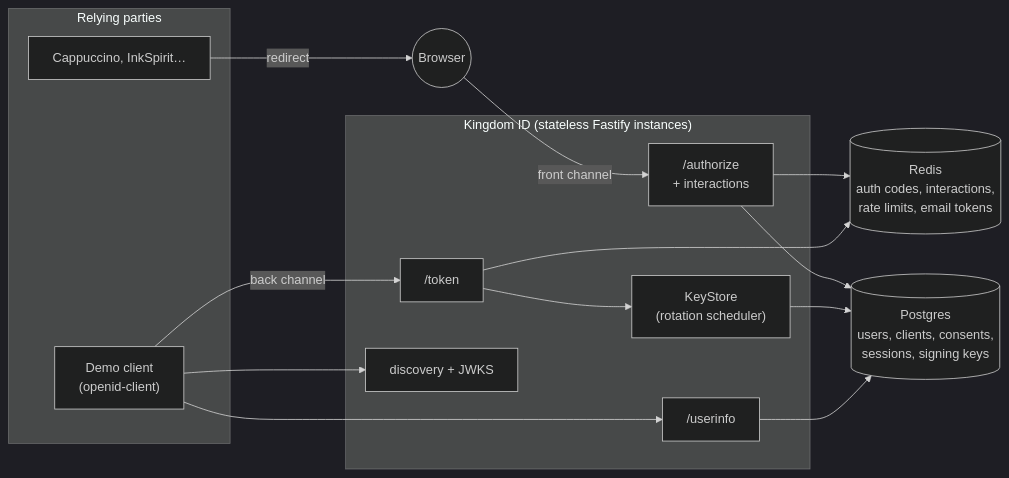
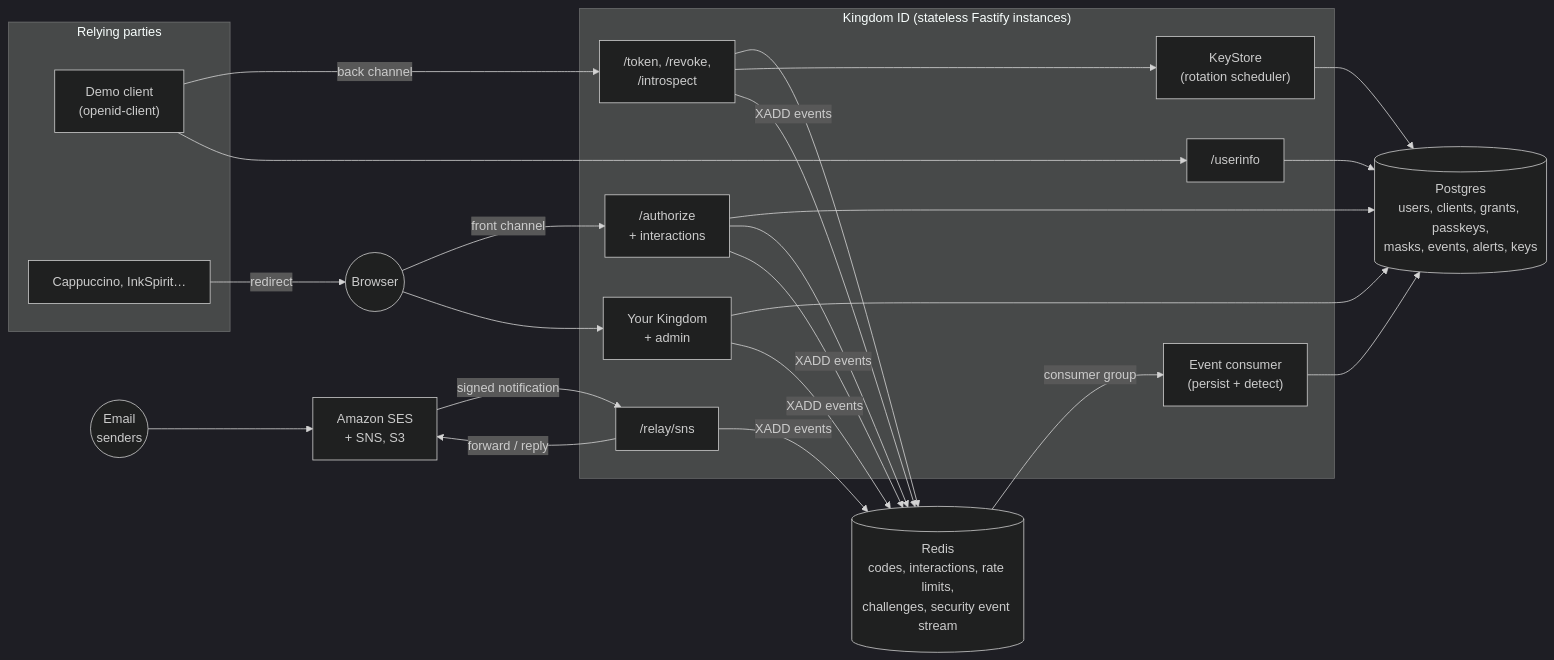
One commit to jwag789/kingdom-id changed the diagram in README.md. Above: the diagram before and after it, drawn with Mermaid (dark theme). The commit also changed other lines of this file and 24 other files, not shown here.

First line of the commit message:
Phase 7: security event pipeline on Redis Streams

````diff
--- a/README.md
+++ b/README.md
@@ -58,32 +76,40 @@
 ```mermaid
 flowchart LR
   subgraph RP["Relying parties"]
     Demo["Demo client<br/>(openid-client)"]
     Apps["Cappuccino, InkSpirit…"]
   end
 
   Browser((Browser))
+  Mail(("Email<br/>senders"))
 
   subgraph IdP["Kingdom ID (stateless Fastify instances)"]
     Authz["/authorize<br/>+ interactions"]
-    Token["/token"]
+    Token["/token, /revoke,<br/>/introspect"]
     UI["/userinfo"]
-    Meta["discovery + JWKS"]
+    Dash["Your Kingdom<br/>+ admin"]
+    Relay["/relay/sns"]
+    Consumer["Event consumer<br/>(persist + detect)"]
     Keys["KeyStore<br/>(rotation scheduler)"]
   end
 
-  PG[("Postgres<br/>users, clients, consents,<br/>sessions, signing keys")]
-  Redis[("Redis<br/>auth codes, interactions,<br/>rate limits, email tokens")]
+  PG[("Postgres<br/>users, clients, grants, passkeys,<br/>masks, events, alerts, keys")]
+  Redis[("Redis<br/>codes, interactions, rate limits,<br/>challenges, security event stream")]
+  SES["Amazon SES<br/>+ SNS, S3"]
 
   Browser -- "front channel" --> Authz
+  Browser --> Dash
   Apps -- "redirect" --> Browser
   Demo -- "back channel" --> Token
   Demo --> UI
-  Demo --> Meta
-  Authz --> PG
-  Authz --> Redis
-  Token --> Redis
-  Token --> Keys
+  Authz --> PG & Redis
+  Token --> Redis & Keys
   Keys --> PG
   UI --> PG
+  Dash --> PG
+  Mail --> SES -- "signed notification" --> Relay
+  Relay -- "forward / reply" --> SES
+  Authz & Token & Dash & Relay -- "XADD events" --> Redis
+  Redis -- "consumer group" --> Consumer
+  Consumer --> PG
 ```
````
